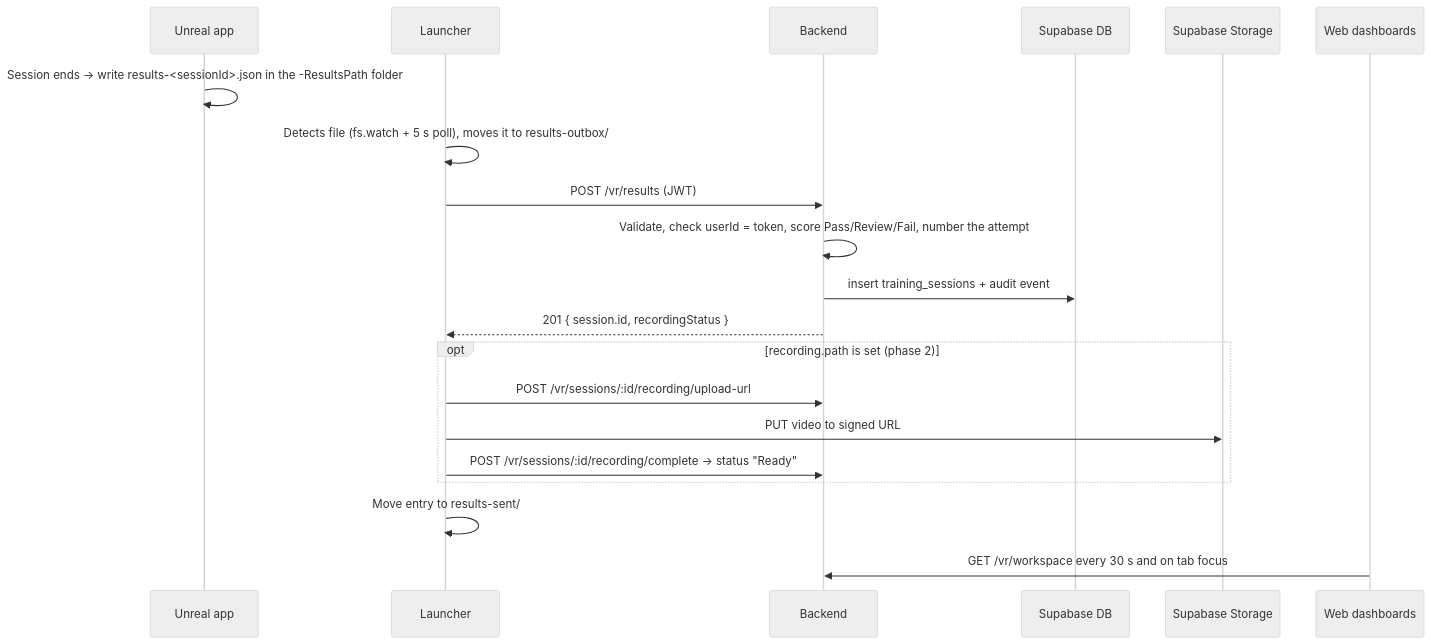
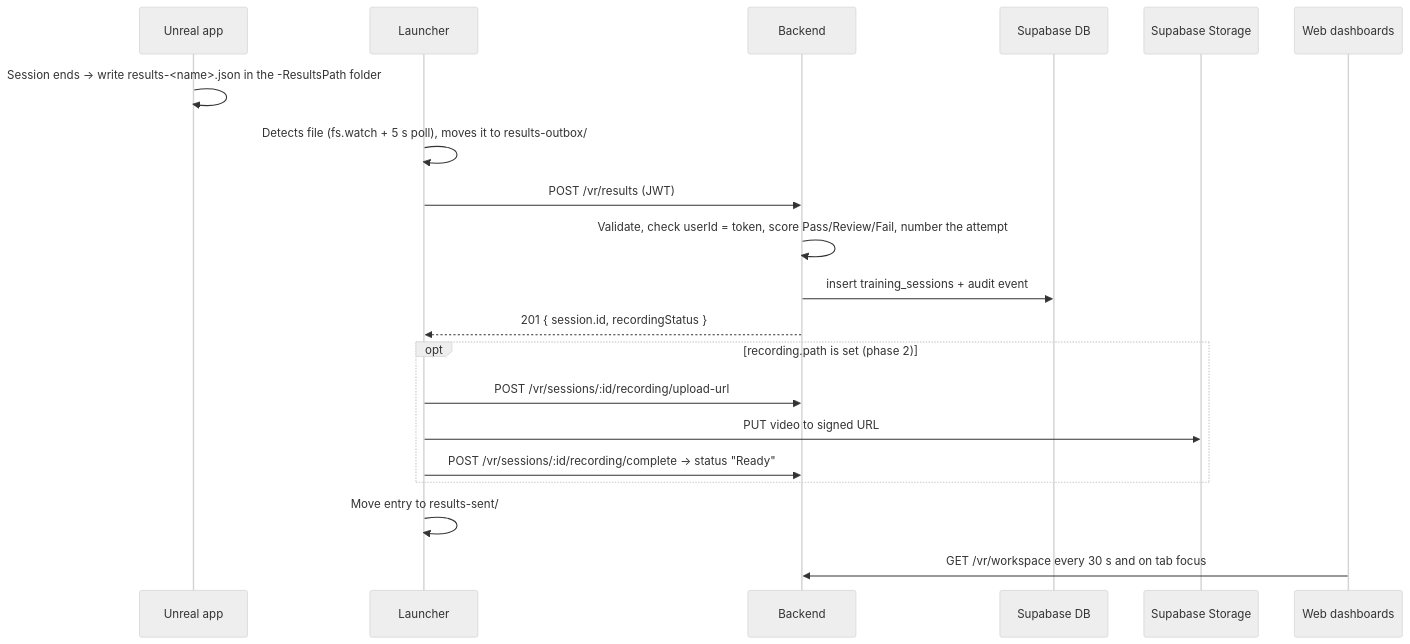
The second of 2 diagrams in system.md (Frontend-VR-Simulator/Frontend-VR-simulator), drawn with Mermaid (neutral theme) before and after one commit. The commit also changed other lines of this file and 14 other files, not shown here.

````diff
--- a/system.md
+++ b/system.md
@@ -50,22 +50,22 @@
 ```mermaid
 sequenceDiagram
   participant VR as Unreal app
   participant L as Launcher
   participant API as Backend
   participant DB as Supabase DB
   participant S as Supabase Storage
   participant W as Web dashboards
-  VR->>VR: Session ends → write results-<sessionId>.json in the -ResultsPath folder
+  VR->>VR: Session ends → write results-<name>.json in the -ResultsPath folder
   L->>L: Detects file (fs.watch + 5 s poll), moves it to results-outbox/
   L->>API: POST /vr/results (JWT)
   API->>API: Validate, check userId = token, score Pass/Review/Fail, number the attempt
   API->>DB: insert training_sessions + audit event
   API-->>L: 201 { session.id, recordingStatus }
   opt recording.path is set (phase 2)
     L->>API: POST /vr/sessions/:id/recording/upload-url
     L->>S: PUT video to signed URL
     L->>API: POST /vr/sessions/:id/recording/complete → status "Ready"
   end
   L->>L: Move entry to results-sent/
   W->>API: GET /vr/workspace every 30 s and on tab focus
 ```
````
